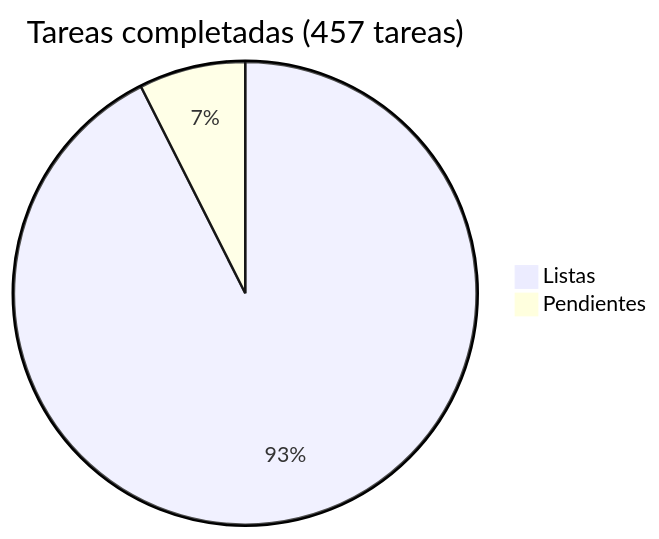
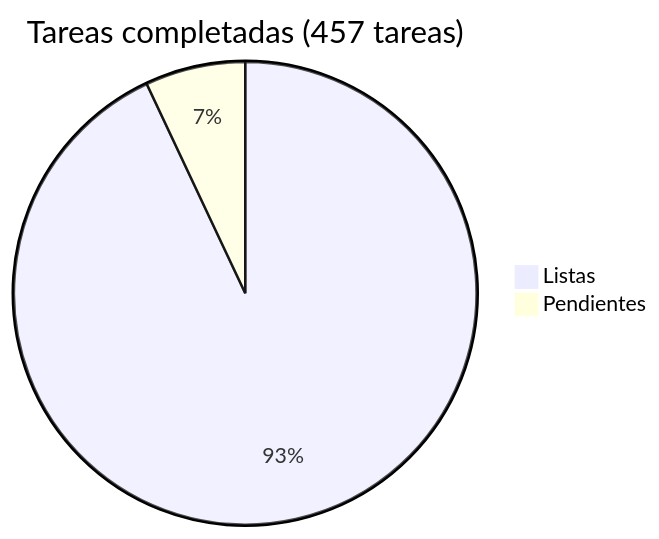
Before and after one commit to araguaney-lat/araguaney: the diagram in docs/roadmap/README.md, drawn with Mermaid. The commit also changed other lines of this file and 10 other files, not shown here.

````diff
--- a/docs/roadmap/README.md
+++ b/docs/roadmap/README.md
@@ -5,5 +5,5 @@
 ```mermaid
 pie title Tareas completadas (457 tareas)
-    "Listas" : 423
-    "Pendientes" : 34
+    "Listas" : 425
+    "Pendientes" : 32
 ```
````
